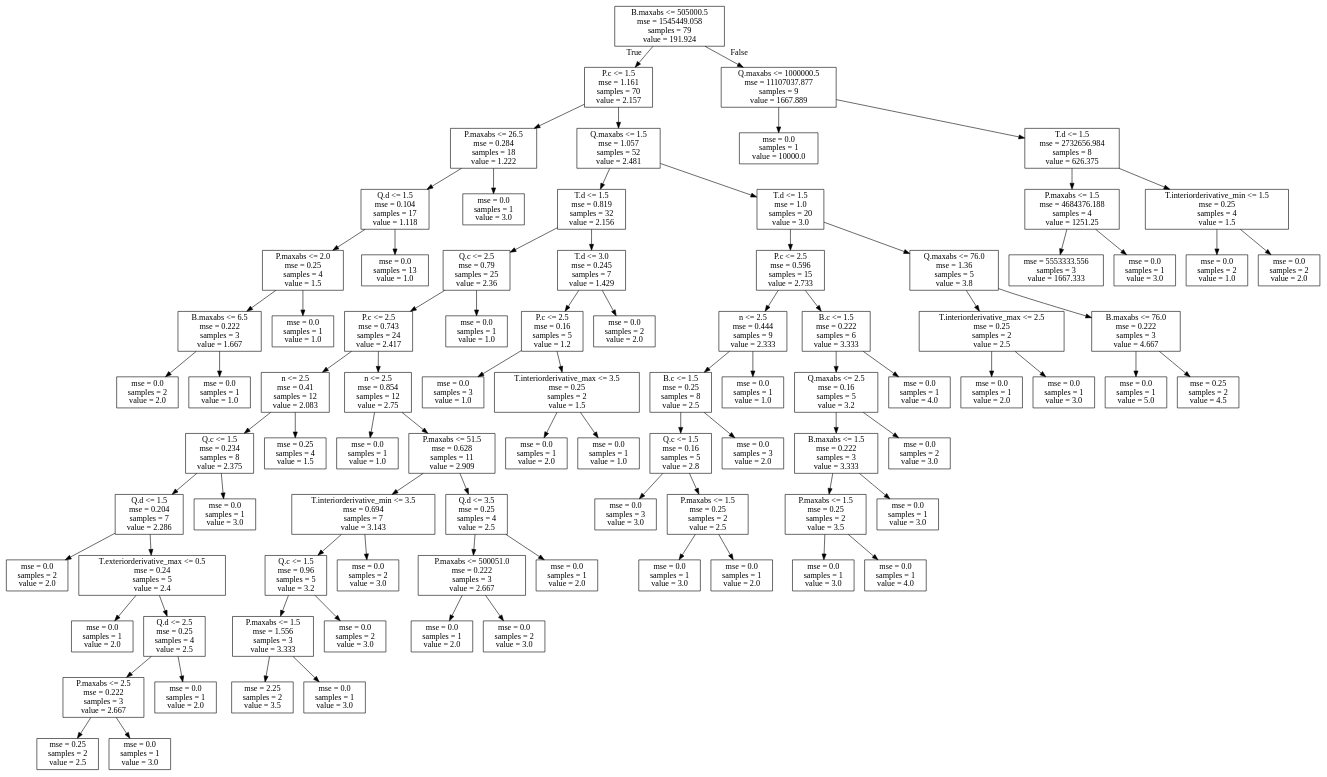
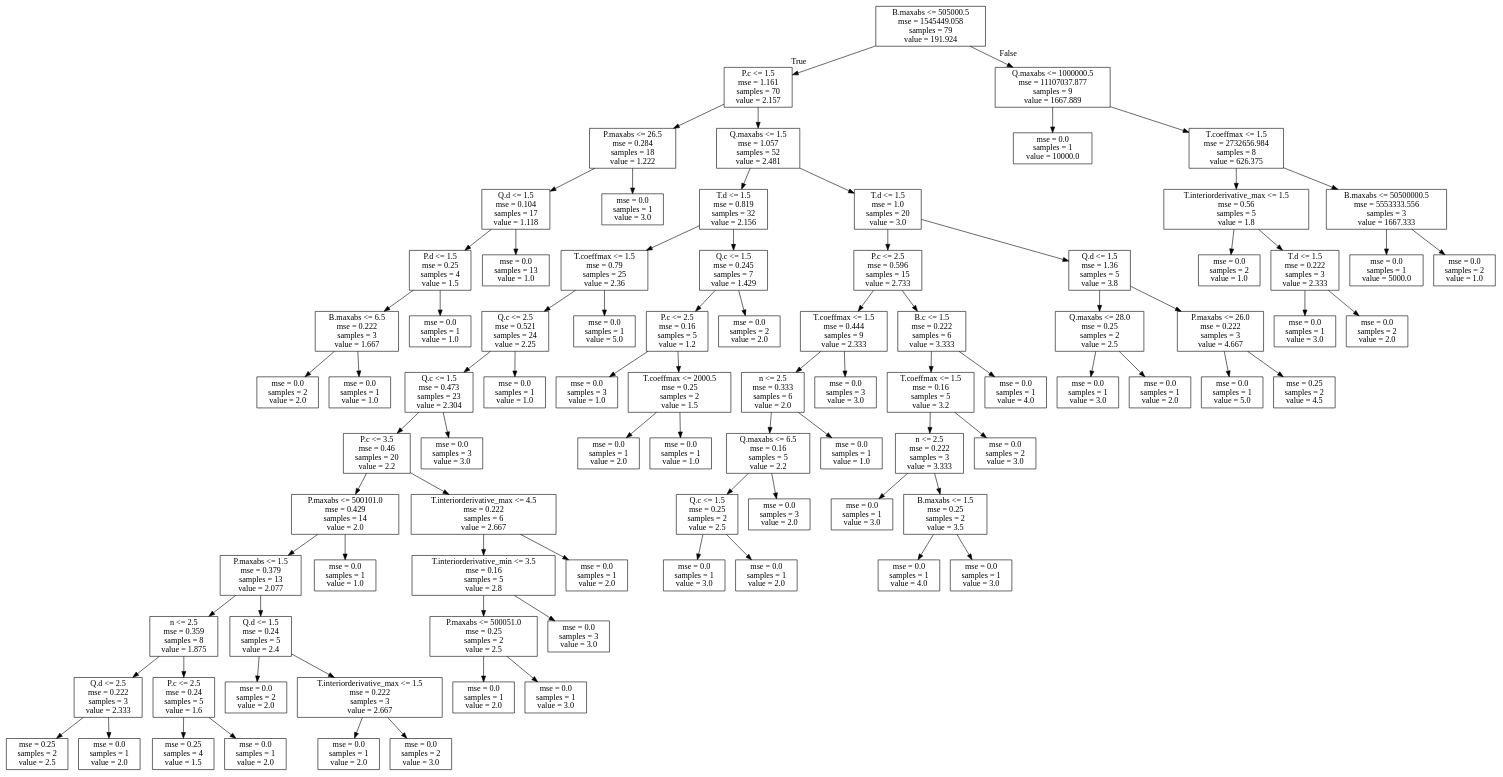
One commit to Ashish720-alt/InvariantAutomation changed the diagram in src/c_tree.dot. Above: the diagram before and after it, drawn with Graphviz. The commit also changed 48 other files, not shown here.

```diff
--- a/src/c_tree.dot
+++ b/src/c_tree.dot
@@ -1,176 +1,176 @@
 digraph Tree {
 node [shape=box] ;
 0 [label="B.maxabs <= 505000.5\nmse = 1545449.058\nsamples = 79\nvalue = 191.924"] ;
 1 [label="P.c <= 1.5\nmse = 1.161\nsamples = 70\nvalue = 2.157"] ;
 0 -> 1 [labeldistance=2.5, labelangle=45, headlabel="True"] ;
 2 [label="P.maxabs <= 26.5\nmse = 0.284\nsamples = 18\nvalue = 1.222"] ;
 1 -> 2 ;
 3 [label="Q.d <= 1.5\nmse = 0.104\nsamples = 17\nvalue = 1.118"] ;
 2 -> 3 ;
-4 [label="P.maxabs <= 2.0\nmse = 0.25\nsamples = 4\nvalue = 1.5"] ;
+4 [label="P.d <= 1.5\nmse = 0.25\nsamples = 4\nvalue = 1.5"] ;
 3 -> 4 ;
 5 [label="B.maxabs <= 6.5\nmse = 0.222\nsamples = 3\nvalue = 1.667"] ;
 4 -> 5 ;
 6 [label="mse = 0.0\nsamples = 2\nvalue = 2.0"] ;
 5 -> 6 ;
 7 [label="mse = 0.0\nsamples = 1\nvalue = 1.0"] ;
 5 -> 7 ;
 8 [label="mse = 0.0\nsamples = 1\nvalue = 1.0"] ;
 4 -> 8 ;
 9 [label="mse = 0.0\nsamples = 13\nvalue = 1.0"] ;
 3 -> 9 ;
 10 [label="mse = 0.0\nsamples = 1\nvalue = 3.0"] ;
 2 -> 10 ;
 11 [label="Q.maxabs <= 1.5\nmse = 1.057\nsamples = 52\nvalue = 2.481"] ;
 1 -> 11 ;
 12 [label="T.d <= 1.5\nmse = 0.819\nsamples = 32\nvalue = 2.156"] ;
 11 -> 12 ;
-13 [label="Q.c <= 2.5\nmse = 0.79\nsamples = 25\nvalue = 2.36"] ;
+13 [label="T.coeffmax <= 1.5\nmse = 0.79\nsamples = 25\nvalue = 2.36"] ;
 12 -> 13 ;
-14 [label="P.c <= 2.5\nmse = 0.743\nsamples = 24\nvalue = 2.417"] ;
+14 [label="Q.c <= 2.5\nmse = 0.521\nsamples = 24\nvalue = 2.25"] ;
 13 -> 14 ;
-15 [label="n <= 2.5\nmse = 0.41\nsamples = 12\nvalue = 2.083"] ;
+15 [label="Q.c <= 1.5\nmse = 0.473\nsamples = 23\nvalue = 2.304"] ;
 14 -> 15 ;
-16 [label="Q.c <= 1.5\nmse = 0.234\nsamples = 8\nvalue = 2.375"] ;
+16 [label="P.c <= 3.5\nmse = 0.46\nsamples = 20\nvalue = 2.2"] ;
 15 -> 16 ;
-17 [label="Q.d <= 1.5\nmse = 0.204\nsamples = 7\nvalue = 2.286"] ;
+17 [label="P.maxabs <= 500101.0\nmse = 0.429\nsamples = 14\nvalue = 2.0"] ;
 16 -> 17 ;
-18 [label="mse = 0.0\nsamples = 2\nvalue = 2.0"] ;
+18 [label="P.maxabs <= 1.5\nmse = 0.379\nsamples = 13\nvalue = 2.077"] ;
 17 -> 18 ;
-19 [label="T.exteriorderivative_max <= 0.5\nmse = 0.24\nsamples = 5\nvalue = 2.4"] ;
-17 -> 19 ;
-20 [label="mse = 0.0\nsamples = 1\nvalue = 2.0"] ;
+19 [label="n <= 2.5\nmse = 0.359\nsamples = 8\nvalue = 1.875"] ;
+18 -> 19 ;
+20 [label="Q.d <= 2.5\nmse = 0.222\nsamples = 3\nvalue = 2.333"] ;
 19 -> 20 ;
-21 [label="Q.d <= 2.5\nmse = 0.25\nsamples = 4\nvalue = 2.5"] ;
-19 -> 21 ;
-22 [label="P.maxabs <= 2.5\nmse = 0.222\nsamples = 3\nvalue = 2.667"] ;
-21 -> 22 ;
-23 [label="mse = 0.25\nsamples = 2\nvalue = 2.5"] ;
-22 -> 23 ;
-24 [label="mse = 0.0\nsamples = 1\nvalue = 3.0"] ;
-22 -> 24 ;
+21 [label="mse = 0.25\nsamples = 2\nvalue = 2.5"] ;
+20 -> 21 ;
+22 [label="mse = 0.0\nsamples = 1\nvalue = 2.0"] ;
+20 -> 22 ;
+23 [label="P.c <= 2.5\nmse = 0.24\nsamples = 5\nvalue = 1.6"] ;
+19 -> 23 ;
+24 [label="mse = 0.25\nsamples = 4\nvalue = 1.5"] ;
+23 -> 24 ;
 25 [label="mse = 0.0\nsamples = 1\nvalue = 2.0"] ;
-21 -> 25 ;
-26 [label="mse = 0.0\nsamples = 1\nvalue = 3.0"] ;
-16 -> 26 ;
-27 [label="mse = 0.25\nsamples = 4\nvalue = 1.5"] ;
-15 -> 27 ;
-28 [label="n <= 2.5\nmse = 0.854\nsamples = 12\nvalue = 2.75"] ;
-14 -> 28 ;
-29 [label="mse = 0.0\nsamples = 1\nvalue = 1.0"] ;
+23 -> 25 ;
+26 [label="Q.d <= 1.5\nmse = 0.24\nsamples = 5\nvalue = 2.4"] ;
+18 -> 26 ;
+27 [label="mse = 0.0\nsamples = 2\nvalue = 2.0"] ;
+26 -> 27 ;
+28 [label="T.interiorderivative_max <= 1.5\nmse = 0.222\nsamples = 3\nvalue = 2.667"] ;
+26 -> 28 ;
+29 [label="mse = 0.0\nsamples = 1\nvalue = 2.0"] ;
 28 -> 29 ;
-30 [label="P.maxabs <= 51.5\nmse = 0.628\nsamples = 11\nvalue = 2.909"] ;
+30 [label="mse = 0.0\nsamples = 2\nvalue = 3.0"] ;
 28 -> 30 ;
-31 [label="T.interiorderivative_min <= 3.5\nmse = 0.694\nsamples = 7\nvalue = 3.143"] ;
-30 -> 31 ;
-32 [label="Q.c <= 1.5\nmse = 0.96\nsamples = 5\nvalue = 3.2"] ;
-31 -> 32 ;
-33 [label="P.maxabs <= 1.5\nmse = 1.556\nsamples = 3\nvalue = 3.333"] ;
+31 [label="mse = 0.0\nsamples = 1\nvalue = 1.0"] ;
+17 -> 31 ;
+32 [label="T.interiorderivative_max <= 4.5\nmse = 0.222\nsamples = 6\nvalue = 2.667"] ;
+16 -> 32 ;
+33 [label="T.interiorderivative_min <= 3.5\nmse = 0.16\nsamples = 5\nvalue = 2.8"] ;
 32 -> 33 ;
-34 [label="mse = 2.25\nsamples = 2\nvalue = 3.5"] ;
+34 [label="P.maxabs <= 500051.0\nmse = 0.25\nsamples = 2\nvalue = 2.5"] ;
 33 -> 34 ;
-35 [label="mse = 0.0\nsamples = 1\nvalue = 3.0"] ;
-33 -> 35 ;
-36 [label="mse = 0.0\nsamples = 2\nvalue = 3.0"] ;
-32 -> 36 ;
-37 [label="mse = 0.0\nsamples = 2\nvalue = 3.0"] ;
-31 -> 37 ;
-38 [label="Q.d <= 3.5\nmse = 0.25\nsamples = 4\nvalue = 2.5"] ;
-30 -> 38 ;
-39 [label="P.maxabs <= 500051.0\nmse = 0.222\nsamples = 3\nvalue = 2.667"] ;
-38 -> 39 ;
-40 [label="mse = 0.0\nsamples = 1\nvalue = 2.0"] ;
-39 -> 40 ;
-41 [label="mse = 0.0\nsamples = 2\nvalue = 3.0"] ;
-39 -> 41 ;
-42 [label="mse = 0.0\nsamples = 1\nvalue = 2.0"] ;
-38 -> 42 ;
-43 [label="mse = 0.0\nsamples = 1\nvalue = 1.0"] ;
-13 -> 43 ;
-44 [label="T.d <= 3.0\nmse = 0.245\nsamples = 7\nvalue = 1.429"] ;
-12 -> 44 ;
-45 [label="P.c <= 2.5\nmse = 0.16\nsamples = 5\nvalue = 1.2"] ;
-44 -> 45 ;
-46 [label="mse = 0.0\nsamples = 3\nvalue = 1.0"] ;
+35 [label="mse = 0.0\nsamples = 1\nvalue = 2.0"] ;
+34 -> 35 ;
+36 [label="mse = 0.0\nsamples = 1\nvalue = 3.0"] ;
+34 -> 36 ;
+37 [label="mse = 0.0\nsamples = 3\nvalue = 3.0"] ;
+33 -> 37 ;
+38 [label="mse = 0.0\nsamples = 1\nvalue = 2.0"] ;
+32 -> 38 ;
+39 [label="mse = 0.0\nsamples = 3\nvalue = 3.0"] ;
+15 -> 39 ;
+40 [label="mse = 0.0\nsamples = 1\nvalue = 1.0"] ;
+14 -> 40 ;
+41 [label="mse = 0.0\nsamples = 1\nvalue = 5.0"] ;
+13 -> 41 ;
+42 [label="Q.c <= 1.5\nmse = 0.245\nsamples = 7\nvalue = 1.429"] ;
+12 -> 42 ;
+43 [label="P.c <= 2.5\nmse = 0.16\nsamples = 5\nvalue = 1.2"] ;
+42 -> 43 ;
+44 [label="mse = 0.0\nsamples = 3\nvalue = 1.0"] ;
+43 -> 44 ;
+45 [label="T.coeffmax <= 2000.5\nmse = 0.25\nsamples = 2\nvalue = 1.5"] ;
+43 -> 45 ;
+46 [label="mse = 0.0\nsamples = 1\nvalue = 2.0"] ;
 45 -> 46 ;
-47 [label="T.interiorderivative_max <= 3.5\nmse = 0.25\nsamples = 2\nvalue = 1.5"] ;
+47 [label="mse = 0.0\nsamples = 1\nvalue = 1.0"] ;
 45 -> 47 ;
-48 [label="mse = 0.0\nsamples = 1\nvalue = 2.0"] ;
-47 -> 48 ;
-49 [label="mse = 0.0\nsamples = 1\nvalue = 1.0"] ;
-47 -> 49 ;
-50 [label="mse = 0.0\nsamples = 2\nvalue = 2.0"] ;
-44 -> 50 ;
-51 [label="T.d <= 1.5\nmse = 1.0\nsamples = 20\nvalue = 3.0"] ;
-11 -> 51 ;
-52 [label="P.c <= 2.5\nmse = 0.596\nsamples = 15\nvalue = 2.733"] ;
+48 [label="mse = 0.0\nsamples = 2\nvalue = 2.0"] ;
+42 -> 48 ;
+49 [label="T.d <= 1.5\nmse = 1.0\nsamples = 20\nvalue = 3.0"] ;
+11 -> 49 ;
+50 [label="P.c <= 2.5\nmse = 0.596\nsamples = 15\nvalue = 2.733"] ;
+49 -> 50 ;
+51 [label="T.coeffmax <= 1.5\nmse = 0.444\nsamples = 9\nvalue = 2.333"] ;
+50 -> 51 ;
+52 [label="n <= 2.5\nmse = 0.333\nsamples = 6\nvalue = 2.0"] ;
 51 -> 52 ;
-53 [label="n <= 2.5\nmse = 0.444\nsamples = 9\nvalue = 2.333"] ;
+53 [label="Q.maxabs <= 6.5\nmse = 0.16\nsamples = 5\nvalue = 2.2"] ;
 52 -> 53 ;
-54 [label="B.c <= 1.5\nmse = 0.25\nsamples = 8\nvalue = 2.5"] ;
+54 [label="Q.c <= 1.5\nmse = 0.25\nsamples = 2\nvalue = 2.5"] ;
 53 -> 54 ;
-55 [label="Q.c <= 1.5\nmse = 0.16\nsamples = 5\nvalue = 2.8"] ;
+55 [label="mse = 0.0\nsamples = 1\nvalue = 3.0"] ;
 54 -> 55 ;
-56 [label="mse = 0.0\nsamples = 3\nvalue = 3.0"] ;
-55 -> 56 ;
-57 [label="P.maxabs <= 1.5\nmse = 0.25\nsamples = 2\nvalue = 2.5"] ;
-55 -> 57 ;
-58 [label="mse = 0.0\nsamples = 1\nvalue = 3.0"] ;
-57 -> 58 ;
-59 [label="mse = 0.0\nsamples = 1\nvalue = 2.0"] ;
-57 -> 59 ;
-60 [label="mse = 0.0\nsamples = 3\nvalue = 2.0"] ;
-54 -> 60 ;
-61 [label="mse = 0.0\nsamples = 1\nvalue = 1.0"] ;
-53 -> 61 ;
-62 [label="B.c <= 1.5\nmse = 0.222\nsamples = 6\nvalue = 3.333"] ;
-52 -> 62 ;
-63 [label="Q.maxabs <= 2.5\nmse = 0.16\nsamples = 5\nvalue = 3.2"] ;
+56 [label="mse = 0.0\nsamples = 1\nvalue = 2.0"] ;
+54 -> 56 ;
+57 [label="mse = 0.0\nsamples = 3\nvalue = 2.0"] ;
+53 -> 57 ;
+58 [label="mse = 0.0\nsamples = 1\nvalue = 1.0"] ;
+52 -> 58 ;
+59 [label="mse = 0.0\nsamples = 3\nvalue = 3.0"] ;
+51 -> 59 ;
+60 [label="B.c <= 1.5\nmse = 0.222\nsamples = 6\nvalue = 3.333"] ;
+50 -> 60 ;
+61 [label="T.coeffmax <= 1.5\nmse = 0.16\nsamples = 5\nvalue = 3.2"] ;
+60 -> 61 ;
+62 [label="n <= 2.5\nmse = 0.222\nsamples = 3\nvalue = 3.333"] ;
+61 -> 62 ;
+63 [label="mse = 0.0\nsamples = 1\nvalue = 3.0"] ;
 62 -> 63 ;
-64 [label="B.maxabs <= 1.5\nmse = 0.222\nsamples = 3\nvalue = 3.333"] ;
-63 -> 64 ;
-65 [label="P.maxabs <= 1.5\nmse = 0.25\nsamples = 2\nvalue = 3.5"] ;
+64 [label="B.maxabs <= 1.5\nmse = 0.25\nsamples = 2\nvalue = 3.5"] ;
+62 -> 64 ;
+65 [label="mse = 0.0\nsamples = 1\nvalue = 4.0"] ;
 64 -> 65 ;
 66 [label="mse = 0.0\nsamples = 1\nvalue = 3.0"] ;
-65 -> 66 ;
-67 [label="mse = 0.0\nsamples = 1\nvalue = 4.0"] ;
-65 -> 67 ;
-68 [label="mse = 0.0\nsamples = 1\nvalue = 3.0"] ;
-64 -> 68 ;
-69 [label="mse = 0.0\nsamples = 2\nvalue = 3.0"] ;
-63 -> 69 ;
-70 [label="mse = 0.0\nsamples = 1\nvalue = 4.0"] ;
-62 -> 70 ;
-71 [label="Q.maxabs <= 76.0\nmse = 1.36\nsamples = 5\nvalue = 3.8"] ;
-51 -> 71 ;
-72 [label="T.interiorderivative_max <= 2.5\nmse = 0.25\nsamples = 2\nvalue = 2.5"] ;
-71 -> 72 ;
-73 [label="mse = 0.0\nsamples = 1\nvalue = 2.0"] ;
-72 -> 73 ;
-74 [label="mse = 0.0\nsamples = 1\nvalue = 3.0"] ;
-72 -> 74 ;
-75 [label="B.maxabs <= 76.0\nmse = 0.222\nsamples = 3\nvalue = 4.667"] ;
-71 -> 75 ;
-76 [label="mse = 0.0\nsamples = 1\nvalue = 5.0"] ;
-75 -> 76 ;
-77 [label="mse = 0.25\nsamples = 2\nvalue = 4.5"] ;
-75 -> 77 ;
-78 [label="Q.maxabs <= 1000000.5\nmse = 11107037.877\nsamples = 9\nvalue = 1667.889"] ;
-0 -> 78 [labeldistance=2.5, labelangle=-45, headlabel="False"] ;
-79 [label="mse = 0.0\nsamples = 1\nvalue = 10000.0"] ;
+64 -> 66 ;
+67 [label="mse = 0.0\nsamples = 2\nvalue = 3.0"] ;
+61 -> 67 ;
+68 [label="mse = 0.0\nsamples = 1\nvalue = 4.0"] ;
+60 -> 68 ;
+69 [label="Q.d <= 1.5\nmse = 1.36\nsamples = 5\nvalue = 3.8"] ;
+49 -> 69 ;
+70 [label="Q.maxabs <= 28.0\nmse = 0.25\nsamples = 2\nvalue = 2.5"] ;
+69 -> 70 ;
+71 [label="mse = 0.0\nsamples = 1\nvalue = 3.0"] ;
+70 -> 71 ;
+72 [label="mse = 0.0\nsamples = 1\nvalue = 2.0"] ;
+70 -> 72 ;
+73 [label="P.maxabs <= 26.0\nmse = 0.222\nsamples = 3\nvalue = 4.667"] ;
+69 -> 73 ;
+74 [label="mse = 0.0\nsamples = 1\nvalue = 5.0"] ;
+73 -> 74 ;
+75 [label="mse = 0.25\nsamples = 2\nvalue = 4.5"] ;
+73 -> 75 ;
+76 [label="Q.maxabs <= 1000000.5\nmse = 11107037.877\nsamples = 9\nvalue = 1667.889"] ;
+0 -> 76 [labeldistance=2.5, labelangle=-45, headlabel="False"] ;
+77 [label="mse = 0.0\nsamples = 1\nvalue = 10000.0"] ;
+76 -> 77 ;
+78 [label="T.coeffmax <= 1.5\nmse = 2732656.984\nsamples = 8\nvalue = 626.375"] ;
+76 -> 78 ;
+79 [label="T.interiorderivative_max <= 1.5\nmse = 0.56\nsamples = 5\nvalue = 1.8"] ;
 78 -> 79 ;
-80 [label="T.d <= 1.5\nmse = 2732656.984\nsamples = 8\nvalue = 626.375"] ;
-78 -> 80 ;
-81 [label="P.maxabs <= 1.5\nmse = 4684376.188\nsamples = 4\nvalue = 1251.25"] ;
-80 -> 81 ;
-82 [label="mse = 5553333.556\nsamples = 3\nvalue = 1667.333"] ;
+80 [label="mse = 0.0\nsamples = 2\nvalue = 1.0"] ;
+79 -> 80 ;
+81 [label="T.d <= 1.5\nmse = 0.222\nsamples = 3\nvalue = 2.333"] ;
+79 -> 81 ;
+82 [label="mse = 0.0\nsamples = 1\nvalue = 3.0"] ;
 81 -> 82 ;
-83 [label="mse = 0.0\nsamples = 1\nvalue = 3.0"] ;
+83 [label="mse = 0.0\nsamples = 2\nvalue = 2.0"] ;
 81 -> 83 ;
-84 [label="T.interiorderivative_min <= 1.5\nmse = 0.25\nsamples = 4\nvalue = 1.5"] ;
-80 -> 84 ;
-85 [label="mse = 0.0\nsamples = 2\nvalue = 1.0"] ;
+84 [label="B.maxabs <= 50500000.5\nmse = 5553333.556\nsamples = 3\nvalue = 1667.333"] ;
+78 -> 84 ;
+85 [label="mse = 0.0\nsamples = 1\nvalue = 5000.0"] ;
 84 -> 85 ;
-86 [label="mse = 0.0\nsamples = 2\nvalue = 2.0"] ;
+86 [label="mse = 0.0\nsamples = 2\nvalue = 1.0"] ;
 84 -> 86 ;
 }
```
